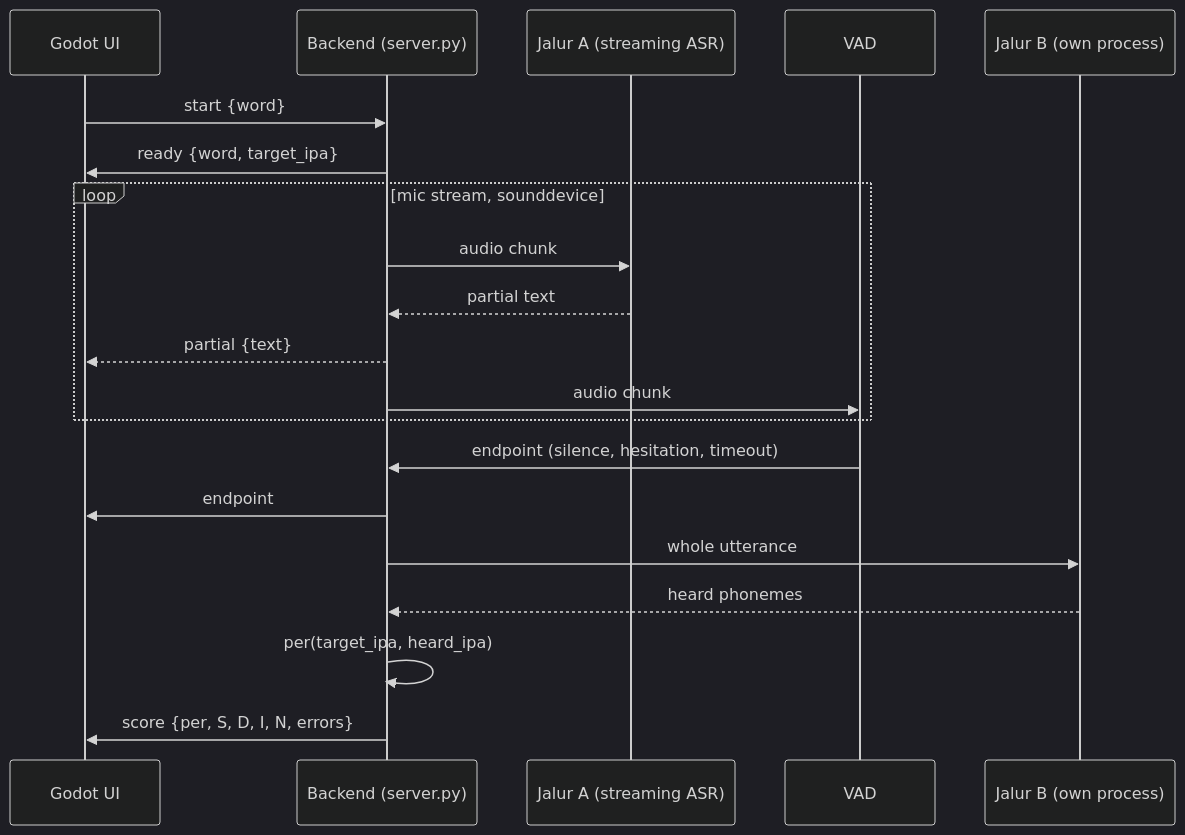
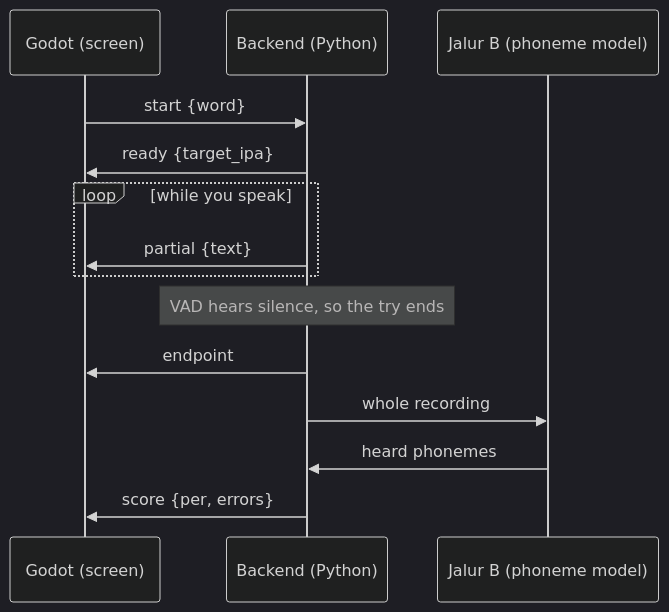
One commit to ddrlve/SpellSpeak changed the second of 2 diagrams in README.md. Above: the diagram before and after it, drawn with Mermaid (dark theme). The commit also changed other lines of this file, not shown here.

Commit message:
docs: simplify README diagrams

````diff
--- a/README.md
+++ b/README.md
@@ -93,22 +93,16 @@
 ```mermaid
 sequenceDiagram
-  participant G as Godot UI
-  participant S as Backend (server.py)
-  participant A as Jalur A (streaming ASR)
-  participant V as VAD
-  participant B as Jalur B (own process)
+  participant G as Godot (screen)
+  participant S as Backend (Python)
+  participant B as Jalur B (phoneme model)
   G->>S: start {word}
-  S->>G: ready {word, target_ipa}
-  loop mic stream, sounddevice
-    S->>A: audio chunk
-    A-->>S: partial text
-    S-->>G: partial {text}
-    S->>V: audio chunk
+  S->>G: ready {target_ipa}
+  loop while you speak
+    S->>G: partial {text}
   end
-  V->>S: endpoint (silence, hesitation, timeout)
+  Note over S: VAD hears silence, so the try ends
   S->>G: endpoint
-  S->>B: whole utterance
-  B-->>S: heard phonemes
-  S->>S: per(target_ipa, heard_ipa)
-  S->>G: score {per, S, D, I, N, errors}
+  S->>B: whole recording
+  B->>S: heard phonemes
+  S->>G: score {per, errors}
 ```
````
